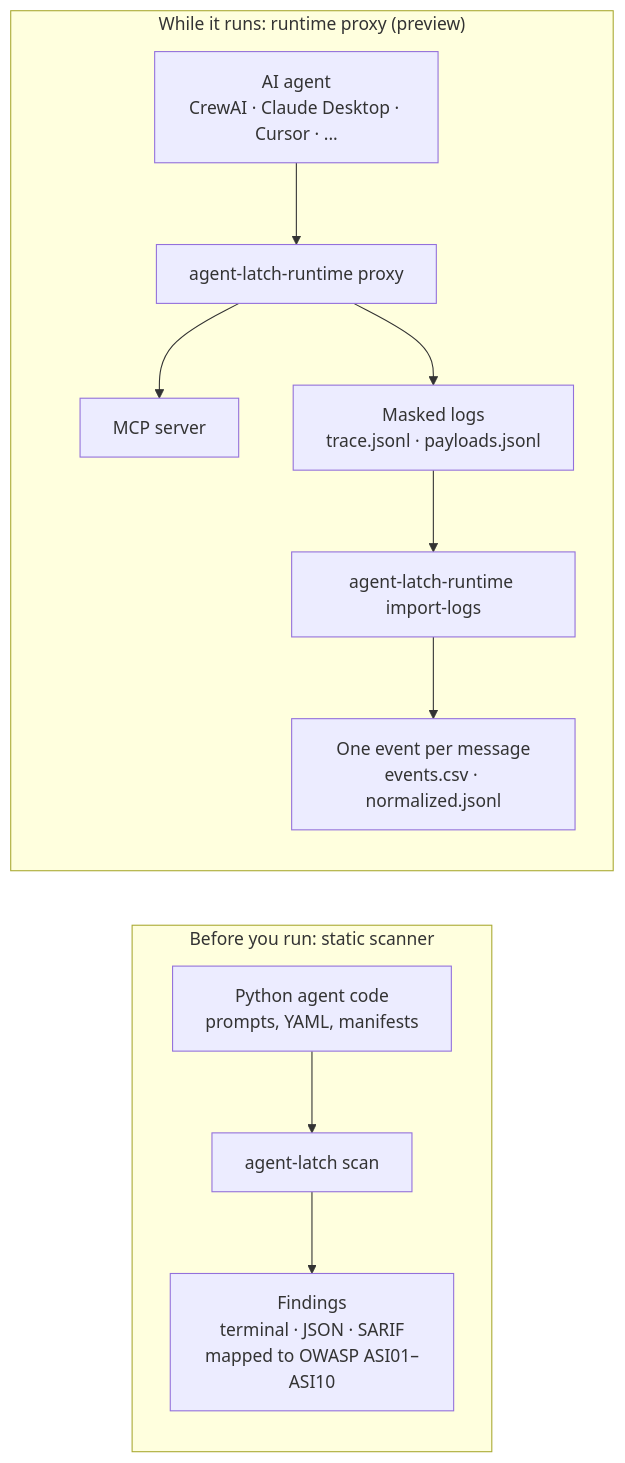
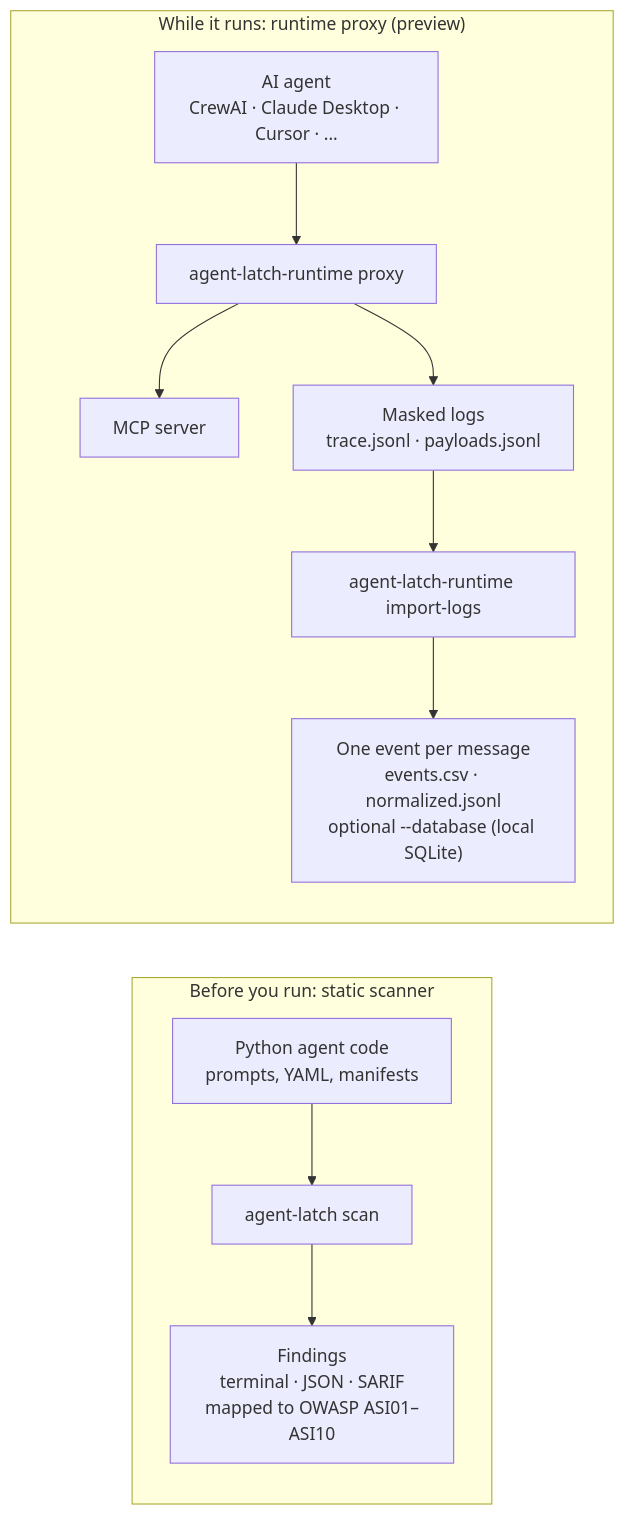
Before and after one commit to AgentLatch/agent-latch: the first of 2 diagrams in README.md, drawn with Mermaid. The commit also changed other lines of this file and 8 other files, not shown here.

First line of the commit message:
runtime: keep normalized events in an optional local SQLite store

````diff
--- a/README.md
+++ b/README.md
@@ -98,14 +98,14 @@
 ```mermaid
 flowchart LR
     subgraph before["Before you run: static scanner"]
         code["Python agent code<br/>prompts, YAML, manifests"] --> scan["agent-latch scan"]
         scan --> report["Findings<br/>terminal · JSON · SARIF<br/>mapped to OWASP ASI01–ASI10"]
     end
     subgraph during["While it runs: runtime proxy (preview)"]
         agent["AI agent<br/>CrewAI · Claude Desktop · Cursor · ..."] --> proxy["agent-latch-runtime proxy"]
         proxy --> server["MCP server"]
         proxy --> logs["Masked logs<br/>trace.jsonl · payloads.jsonl"]
         logs --> importer["agent-latch-runtime import-logs"]
-        importer --> events["One event per message<br/>events.csv · normalized.jsonl"]
+        importer --> events["One event per message<br/>events.csv · normalized.jsonl<br/>optional --database (local SQLite)"]
     end
 ```
````
